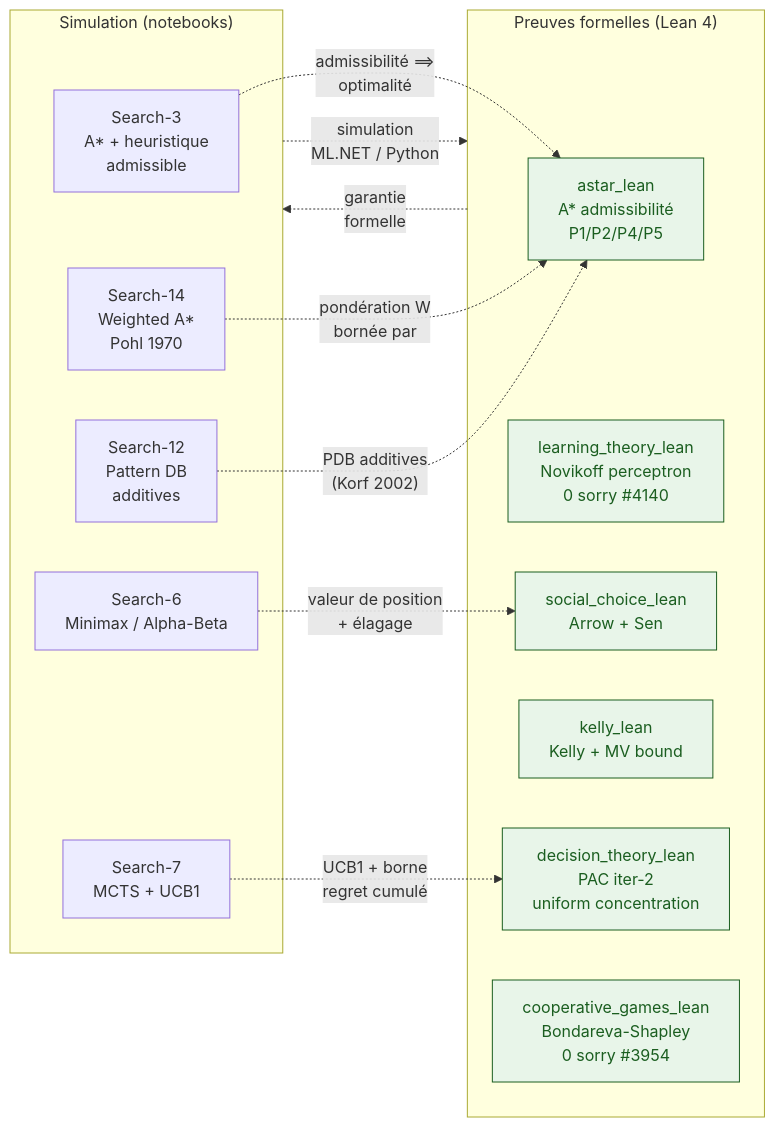
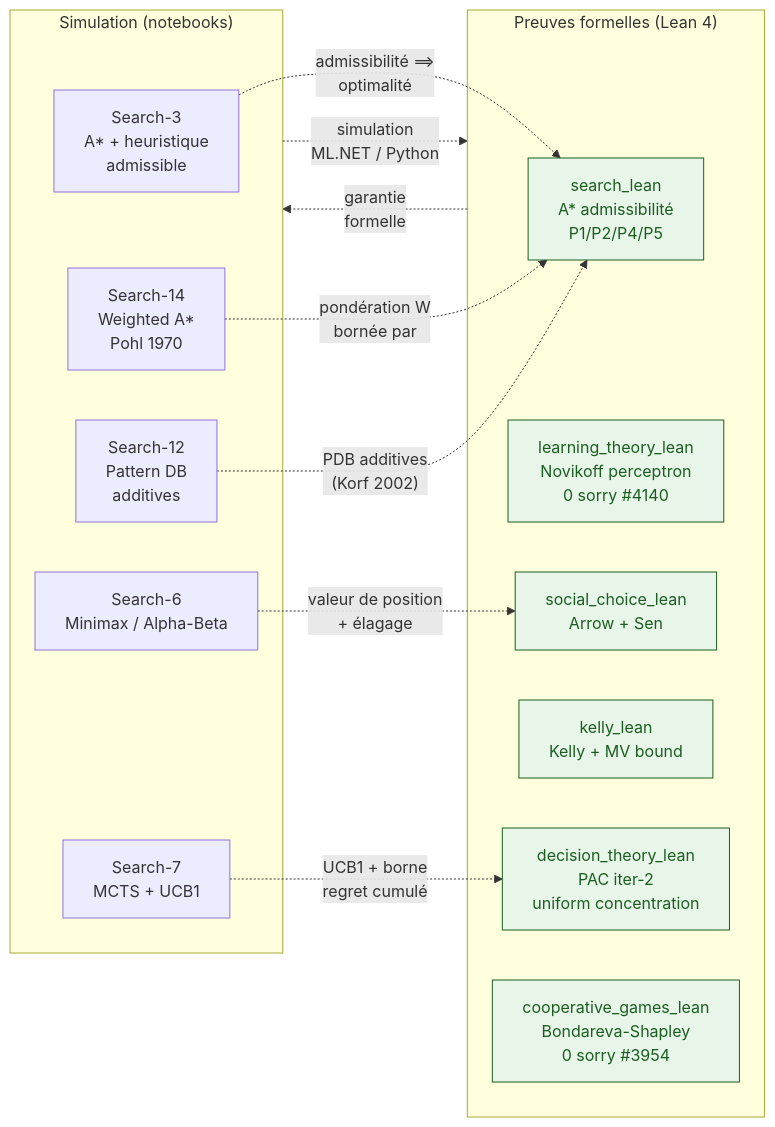
The second of 2 diagrams in MyIA.AI.Notebooks/Search/README.md (jsboige/CoursIA), drawn with Mermaid before and after one commit. The commit also changed other lines of this file and 28 other files, not shown here.

````diff
--- a/MyIA.AI.Notebooks/Search/README.md
+++ b/MyIA.AI.Notebooks/Search/README.md
@@ -708,27 +708,27 @@
 ```mermaid
 flowchart LR
     subgraph SIM["Simulation (notebooks)"]
         S3["Search-3<br/>A* + heuristique<br/>admissible"]
         S14["Search-14<br/>Weighted A*<br/>Pohl 1970"]
         S12["Search-12<br/>Pattern DB<br/>additives"]
         S6["Search-6<br/>Minimax / Alpha-Beta"]
         S7["Search-7<br/>MCTS + UCB1"]
     end
     subgraph LEAN["Preuves formelles (Lean 4)"]
-        LA["astar_lean<br/>A* admissibilité<br/>P1/P2/P4/P5"]
+        LA["search_lean<br/>A* admissibilité<br/>P1/P2/P4/P5"]
         LM["learning_theory_lean<br/>Novikoff perceptron<br/>0 sorry #4140"]
         LP["decision_theory_lean<br/>PAC iter-2<br/>uniform concentration"]
         LK["kelly_lean<br/>Kelly + MV bound"]
         LG["social_choice_lean<br/>Arrow + Sen"]
         LB["cooperative_games_lean<br/>Bondareva-Shapley<br/>0 sorry #3954"]
     end
     S3 -.->|"admissibilité ⟹<br/>optimalité"| LA
     S14 -.->|"pondération W<br/>bornée par"| LA
     S12 -.->|"PDB additives<br/>(Korf 2002)"| LA
     S6 -.->|"valeur de position<br/>+ élagage"| LG
     S7 -.->|"UCB1 + borne<br/>regret cumulé"| LP
     SIM -.->|"simulation<br/>ML.NET / Python"| LEAN
     LEAN -.->|"garantie<br/>formelle"| SIM
     classDef lean fill:#e8f5e9,stroke:#1b5e20,color:#1b5e20
     class LA,LM,LP,LK,LG,LB lean
 ```
````
